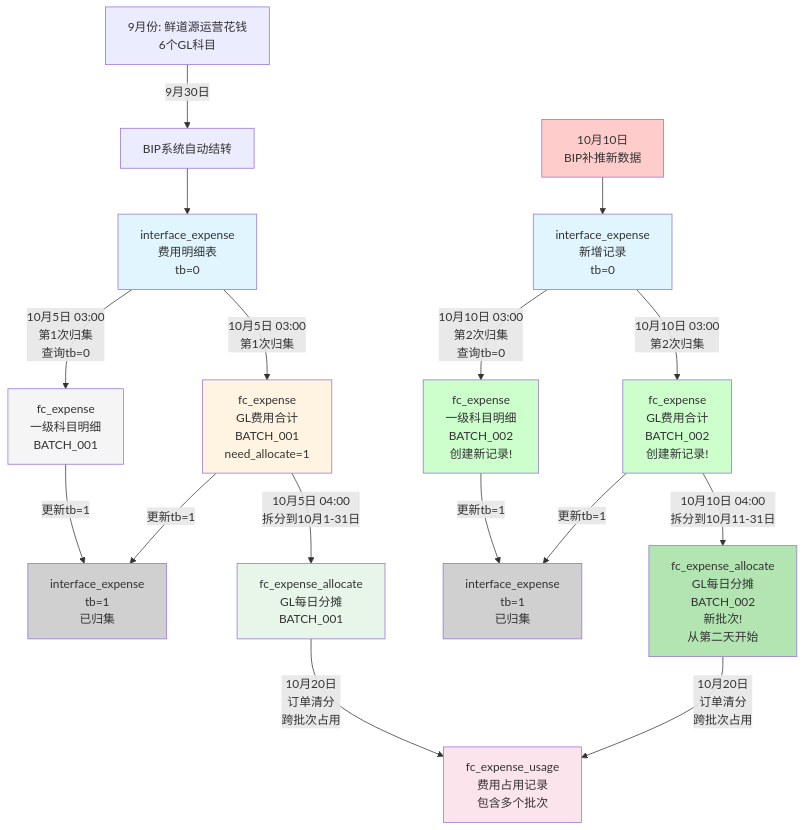
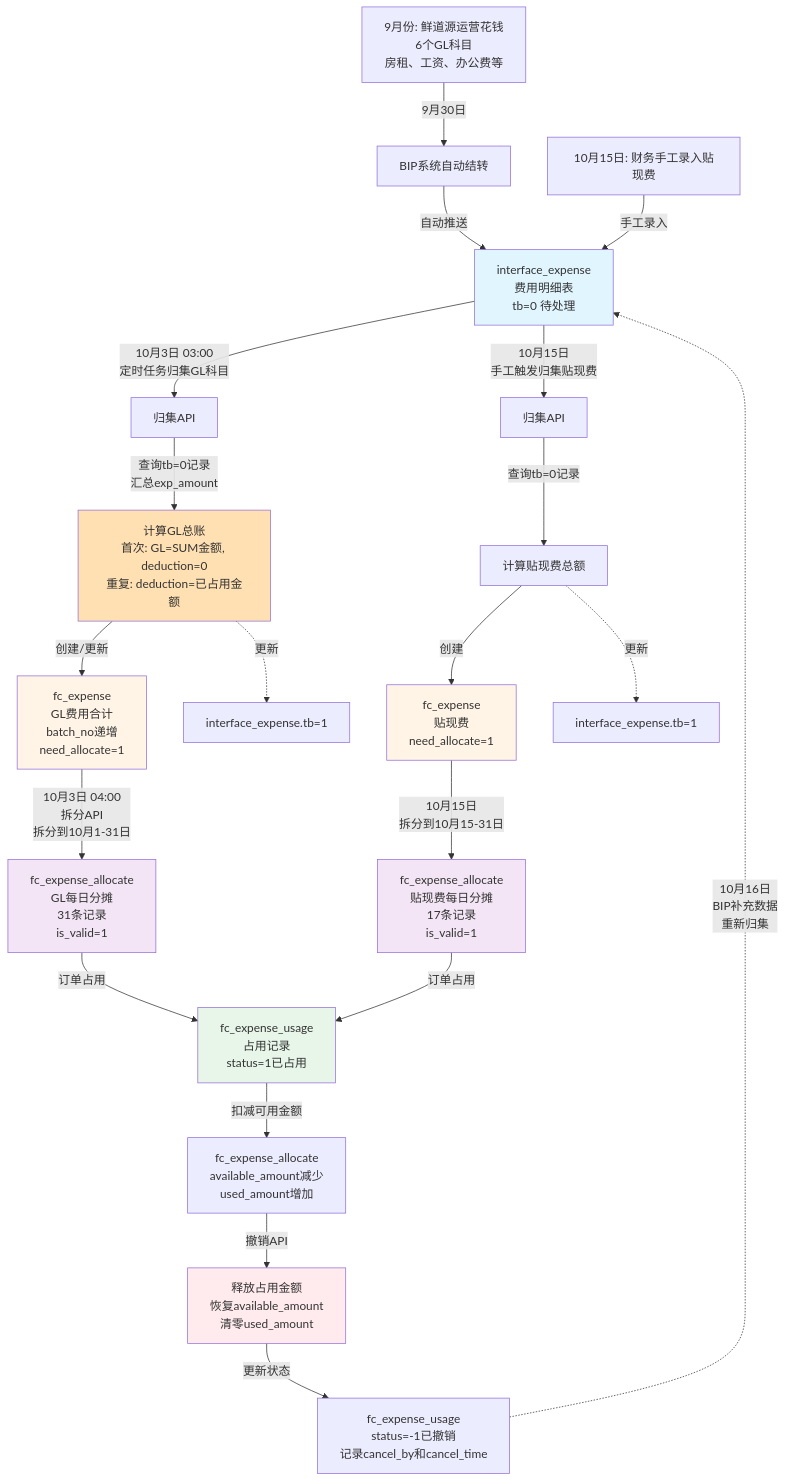
The first of 7 diagrams in 费用多次归集说明.md (garyma-ai01/clearing-system), drawn with Mermaid before and after one commit. The commit also changed other lines of this file, not shown here.

````diff
--- a/费用多次归集说明.md
+++ b/费用多次归集说明.md
@@ -49,39 +39,46 @@
 ```mermaid
-graph TD
-    A[9月份: 鲜道源运营花钱<br/>6个GL科目] -->|9月30日| B[BIP系统自动结转]
-    B --> D[interface_expense<br/>费用明细表<br/>tb=0]
+graph TB
+    Start[9月份: 鲜道源运营花钱<br/>6个GL科目<br/>房租、工资、办公费等] -->|9月30日| BIP[BIP系统自动结转]
     
-    D -->|10月5日 03:00<br/>第1次归集<br/>查询tb=0| E1[fc_expense<br/>一级科目明细<br/>BATCH_001]
-    D -->|10月5日 03:00<br/>第1次归集| E2[fc_expense<br/>GL费用合计<br/>BATCH_001<br/>need_allocate=1]
+    Manual[10月15日: 财务手工录入贴现费] -->|手工录入| IE[interface_expense<br/>费用明细表<br/>tb=0 待处理]
     
-    E1 -->|更新tb=1| D1[interface_expense<br/>tb=1<br/>已归集]
-    E2 -->|更新tb=1| D1
+    BIP -->|自动推送| IE
     
-    E2 -->|10月5日 04:00<br/>拆分到10月1-31日| F1[fc_expense_allocate<br/>GL每日分摊<br/>BATCH_001]
+    IE -->|10月3日 03:00<br/>定时任务归集GL科目| Agg1[归集API]
+    IE -->|10月15日<br/>手工触发归集贴现费| Agg2[归集API]
     
-    D2[10月10日<br/>BIP补推新数据] --> D3[interface_expense<br/>新增记录<br/>tb=0]
+    Agg1 -->|查询tb=0记录<br/>汇总exp_amount| CalcGL[计算GL总账<br/>首次: GL=SUM金额, deduction=0<br/>重复: deduction=已占用金额]
     
-    D3 -->|10月10日 03:00<br/>第2次归集<br/>查询tb=0| E3[fc_expense<br/>一级科目明细<br/>BATCH_002<br/>创建新记录!]
-    D3 -->|10月10日 03:00<br/>第2次归集| E4[fc_expense<br/>GL费用合计<br/>BATCH_002<br/>创建新记录!]
+    Agg2 -->|查询tb=0记录| CalcTXF[计算贴现费总额]
     
-    E3 -->|更新tb=1| D4[interface_expense<br/>tb=1<br/>已归集]
-    E4 -->|更新tb=1| D4
+    CalcGL -->|创建/更新| FE1[fc_expense<br/>GL费用合计<br/>batch_no递增<br/>need_allocate=1]
     
-    E4 -->|10月10日 04:00<br/>拆分到10月11-31日| F2[fc_expense_allocate<br/>GL每日分摊<br/>BATCH_002<br/>新批次!<br/>从第二天开始]
+    CalcTXF -->|创建| FE2[fc_expense<br/>贴现费<br/>need_allocate=1]
     
-    F1 -->|10月20日<br/>订单清分<br/>跨批次占用| G[fc_expense_usage<br/>费用占用记录<br/>包含多个批次]
-    F2 -->|10月20日<br/>订单清分<br/>跨批次占用| G
+    CalcGL -.->|更新| UpdateTB1[interface_expense.tb=1]
+    CalcTXF -.->|更新| UpdateTB2[interface_expense.tb=1]
     
-    style D fill:#e1f5ff
-    style D1 fill:#d0d0d0
-    style D2 fill:#ffcccc
-    style D3 fill:#e1f5ff
-    style D4 fill:#d0d0d0
-    style E1 fill:#f5f5f5
-    style E2 fill:#fff4e1
-    style E3 fill:#ccffcc
-    style E4 fill:#ccffcc
-    style F1 fill:#e8f5e9
-    style F2 fill:#b3e5b3
-    style G fill:#fce4ec
+    FE1 -->|10月3日 04:00<br/>拆分API<br/>拆分到10月1-31日| Split1[fc_expense_allocate<br/>GL每日分摊<br/>31条记录<br/>is_valid=1]
+    
+    FE2 -->|10月15日<br/>拆分到10月15-31日| Split2[fc_expense_allocate<br/>贴现费每日分摊<br/>17条记录<br/>is_valid=1]
+    
+    Split1 -->|订单占用| Occupy[fc_expense_usage<br/>占用记录<br/>status=1已占用]
+    Split2 -->|订单占用| Occupy
+    
+    Occupy -->|扣减可用金额| Update1[fc_expense_allocate<br/>available_amount减少<br/>used_amount增加]
+    
+    Update1 -->|撤销API| Cancel[释放占用金额<br/>恢复available_amount<br/>清零used_amount]
+    
+    Cancel -->|更新状态| Update2[fc_expense_usage<br/>status=-1已撤销<br/>记录cancel_by和cancel_time]
+    
+    Update2 -.->|10月16日<br/>BIP补充数据<br/>重新归集| IE
+    
+    style IE fill:#e1f5ff
+    style FE1 fill:#fff4e6
+    style FE2 fill:#fff4e6
+    style Split1 fill:#f3e5f5
+    style Split2 fill:#f3e5f5
+    style Occupy fill:#e8f5e9
+    style Cancel fill:#ffebee
+    style CalcGL fill:#ffe0b2
 ```
````
